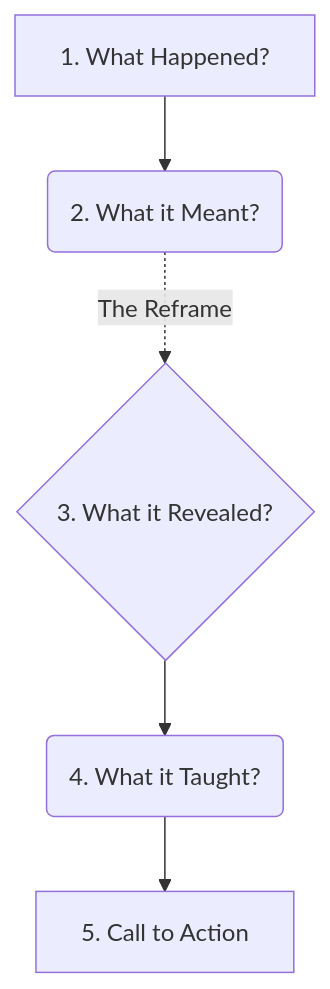
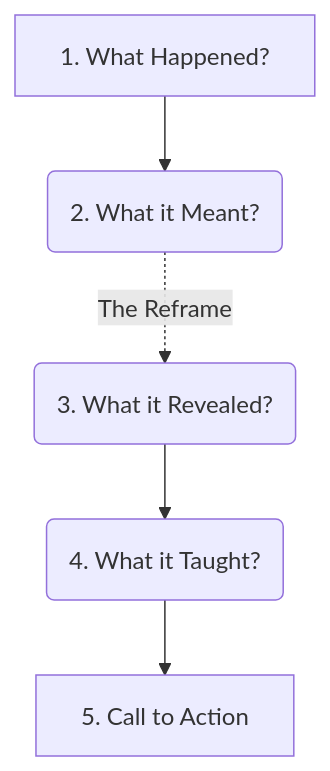
Before and after one commit to b0yu-li/b0yu-li.github.io: the second of 2 diagrams in _posts/2026-01-15-three-writing-tools.md, drawn with Mermaid.

Commit message:
fix: fix diagram

````diff
--- a/_posts/2026-01-15-three-writing-tools.md
+++ b/_posts/2026-01-15-three-writing-tools.md
@@ -65,7 +65,7 @@
 ```mermaid
 flowchart TD
     A[1. What Happened?] --> B(2. What it Meant?)
-    B -.-> |The Reframe| C{3. What it Revealed?}
+    B -.-> |The Reframe| C(3. What it Revealed?)
     C --> D(4. What it Taught?)
     D --> E[5. Call to Action]
 ```
````
